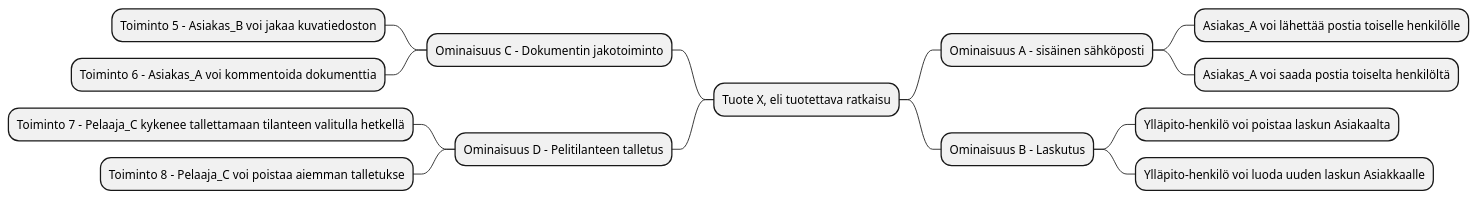
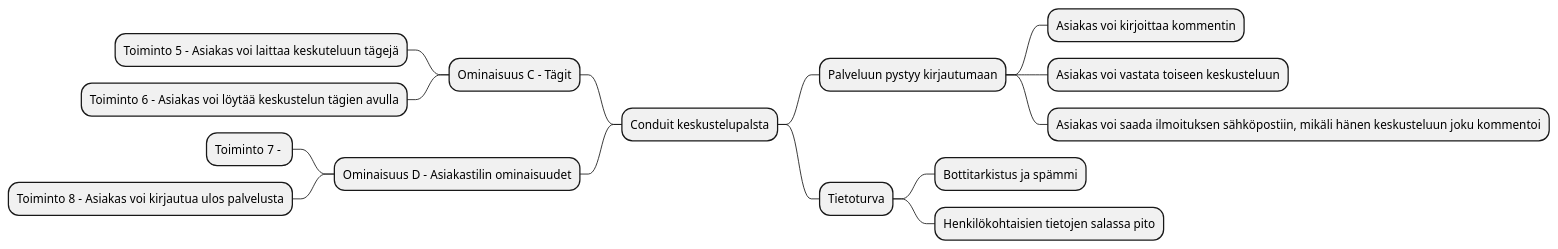
One commit to Pipe80/Projekti-ja-k-yt-neteet-kurssi changed the third of 5 diagrams in dokumentit/20-Vaatimustenhallinta/vaatimusmaaritely-tiivis.md. Above: the diagram before and after it, drawn with PlantUML. The commit also changed other lines of this file, not shown here.

````diff
--- a/dokumentit/20-Vaatimustenhallinta/vaatimusmaaritely-tiivis.md
+++ b/dokumentit/20-Vaatimustenhallinta/vaatimusmaaritely-tiivis.md
@@ -114,17 +113,18 @@
 ```plantuml
 @startmindmap
-+ Tuote X, eli tuotettava ratkaisu
-++ Ominaisuus A - sisäinen sähköposti
-+++ Asiakas_A voi lähettää postia toiselle henkilölle
-+++ Asiakas_A voi saada postia toiselta henkilöltä
-++ Ominaisuus B - Laskutus
-+++ Ylläpito-henkilö voi poistaa laskun Asiakaalta
-+++ Ylläpito-henkilö voi luoda uuden laskun Asiakkaalle
--- Ominaisuus C - Dokumentin jakotoiminto
---- Toiminto 5 - Asiakas_B voi jakaa kuvatiedoston
---- Toiminto 6 - Asiakas_A voi kommentoida dokumenttia
--- Ominaisuus D - Pelitilanteen talletus
---- Toiminto 7 - Pelaaja_C kykenee tallettamaan tilanteen valitulla hetkellä
---- Toiminto 8 - Pelaaja_C voi poistaa aiemman talletukse
++ Conduit keskustelupalsta
+++ Palveluun pystyy kirjautumaan
++++ Asiakas voi kirjoittaa kommentin
++++ Asiakas voi vastata toiseen keskusteluun
++++ Asiakas voi saada ilmoituksen sähköpostiin, mikäli hänen keskusteluun joku kommentoi
+++ Tietoturva
++++ Bottitarkistus ja spämmi
++++ Henkilökohtaisien tietojen salassa pito
+-- Ominaisuus C - Tägit
+--- Toiminto 5 - Asiakas voi laittaa keskuteluun tägejä
+--- Toiminto 6 - Asiakas voi löytää keskustelun tägien avulla
+-- Ominaisuus D - Asiakastilin ominaisuudet
+--- Toiminto 7 - 
+--- Toiminto 8 - Asiakas voi kirjautua ulos palvelusta
 @endmindmap
 ```
````
